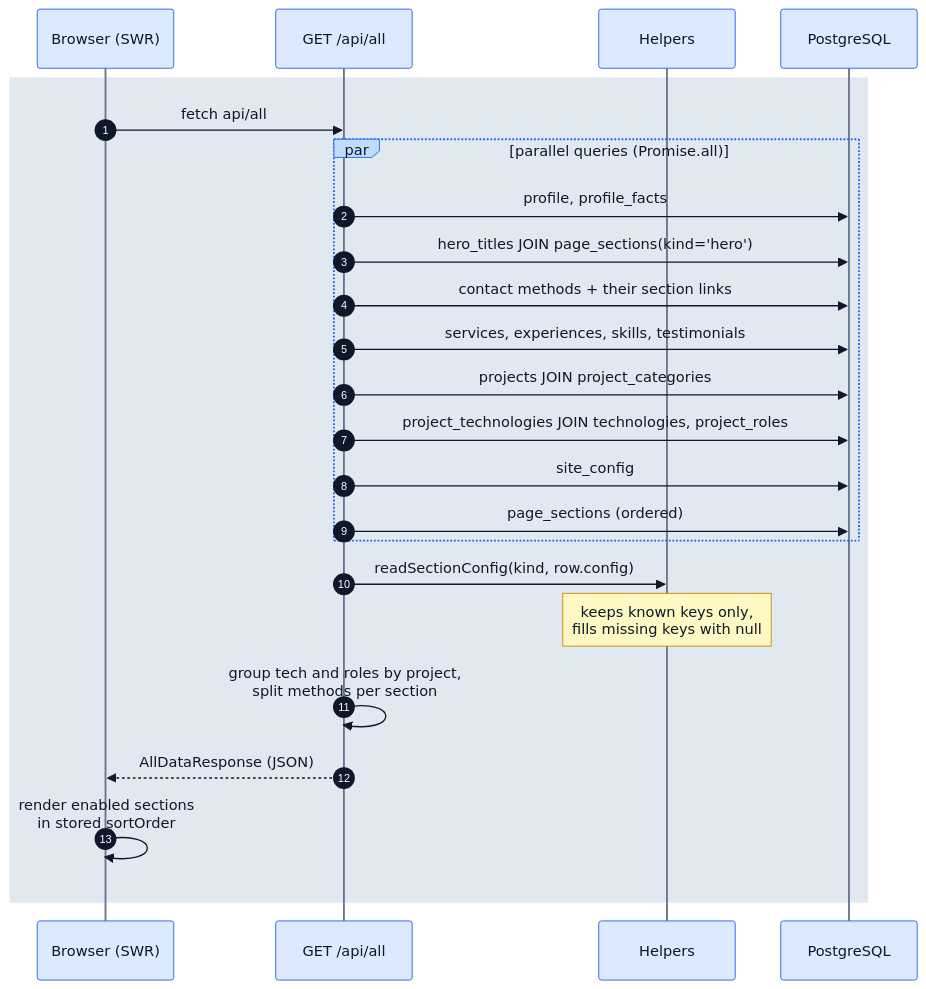
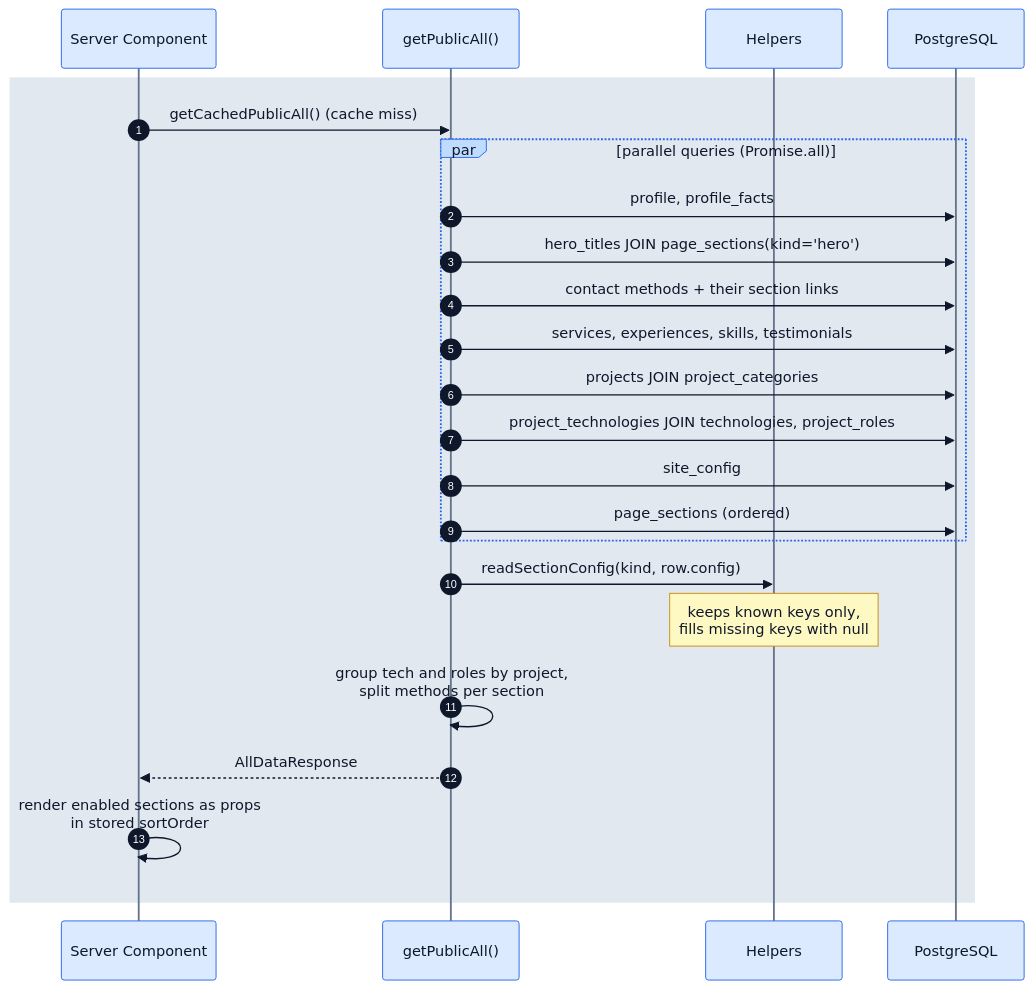
Before and after one commit to mhmdsbr/portfolio: the sixth of 14 diagrams in docs/database-architecture.md, drawn with Mermaid. The commit also changed other lines of this file and 1 other file, not shown here.

Commit message:
docs: update architecture and schema docs for new module layout

````diff
--- a/docs/database-architecture.md
+++ b/docs/database-architecture.md
@@ -255,28 +257,28 @@
 ```mermaid
 %%{init: {'theme':'base','themeVariables':{'primaryColor':'#dbeafe','primaryTextColor':'#0f172a','primaryBorderColor':'#2563eb','lineColor':'#64748b','textColor':'#0f172a','actorBkg':'#dbeafe','actorTextColor':'#0f172a','actorBorder':'#2563eb','actorLineColor':'#64748b','signalColor':'#0f172a','signalTextColor':'#0f172a','labelBoxBkgColor':'#bfdbfe','labelBoxBorderColor':'#2563eb','labelTextColor':'#0f172a','loopTextColor':'#0f172a','noteBkgColor':'#fef9c3','noteTextColor':'#0f172a','noteBorderColor':'#ca8a04','sequenceNumberColor':'#ffffff'}}}%%
 sequenceDiagram
     autonumber
-    participant B as Browser (SWR)
-    participant R as GET /api/all
+    participant B as Server Component
+    participant R as getPublicAll()
     participant H as Helpers
     participant DB as PostgreSQL
 
     rect rgb(226, 232, 240)
-    B->>R: fetch api/all
+    B->>R: getCachedPublicAll() (cache miss)
     par parallel queries (Promise.all)
         R->>DB: profile, profile_facts
         R->>DB: hero_titles JOIN page_sections(kind='hero')
         R->>DB: contact methods + their section links
         R->>DB: services, experiences, skills, testimonials
         R->>DB: projects JOIN project_categories
         R->>DB: project_technologies JOIN technologies, project_roles
         R->>DB: site_config
         R->>DB: page_sections (ordered)
     end
     R->>H: readSectionConfig(kind, row.config)
     Note over H: keeps known keys only,<br/>fills missing keys with null
     R->>R: group tech and roles by project,<br/>split methods per section
-    R-->>B: AllDataResponse (JSON)
-    B->>B: render enabled sections<br/>in stored sortOrder
+    R-->>B: AllDataResponse
+    B->>B: render enabled sections as props<br/>in stored sortOrder
     end
 ```
````
